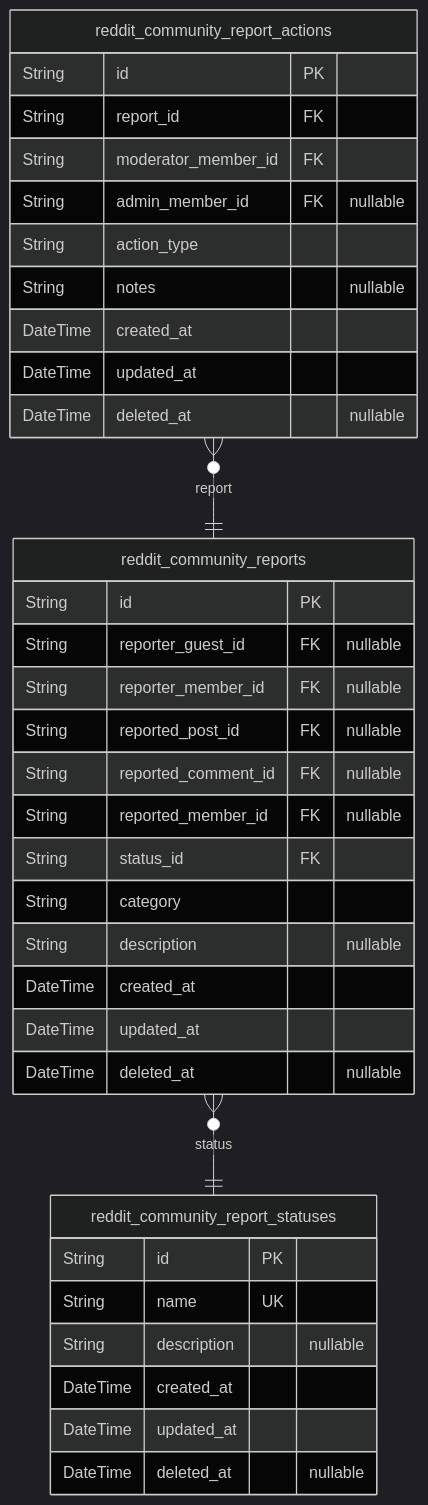
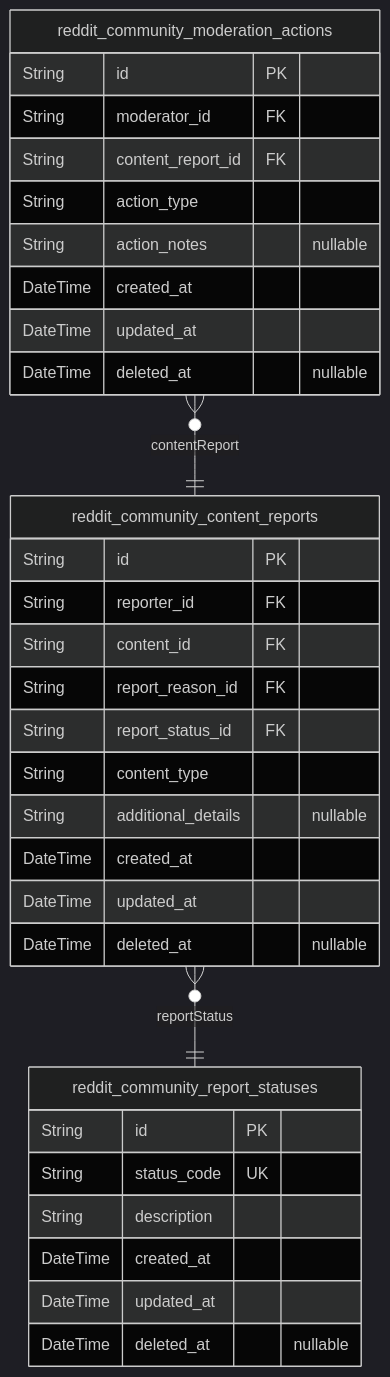
One commit to wrtnlabs/autobe-examples changed the eighth of 8 diagrams in openai/gpt-4.1-mini/reddit/docs/ERD.md. Above: the diagram before and after it, drawn with Mermaid (dark theme). The commit also changed other lines of this file and 16146 other files, not shown here.

````diff
--- a/openai/gpt-4.1-mini/reddit/docs/ERD.md
+++ b/openai/gpt-4.1-mini/reddit/docs/ERD.md
@@ -367,38 +550,35 @@
 ```mermaid
 erDiagram
-"reddit_community_reports" {
+"reddit_community_content_reports" {
   String id PK
-  String reporter_guest_id FK "nullable"
-  String reporter_member_id FK "nullable"
-  String reported_post_id FK "nullable"
-  String reported_comment_id FK "nullable"
-  String reported_member_id FK "nullable"
-  String status_id FK
-  String category
-  String description "nullable"
-  DateTime created_at
-  DateTime updated_at
-  DateTime deleted_at "nullable"
-}
-"reddit_community_report_actions" {
-  String id PK
-  String report_id FK
-  String moderator_member_id FK
-  String admin_member_id FK "nullable"
-  String action_type
-  String notes "nullable"
+  String reporter_id FK
+  String content_id FK
+  String report_reason_id FK
+  String report_status_id FK
+  String content_type
+  String additional_details "nullable"
   DateTime created_at
   DateTime updated_at
   DateTime deleted_at "nullable"
 }
 "reddit_community_report_statuses" {
   String id PK
-  String name UK
-  String description "nullable"
+  String status_code UK
+  String description
   DateTime created_at
   DateTime updated_at
   DateTime deleted_at "nullable"
 }
-"reddit_community_reports" }o--|| "reddit_community_report_statuses" : status
-"reddit_community_report_actions" }o--|| "reddit_community_reports" : report
+"reddit_community_moderation_actions" {
+  String id PK
+  String moderator_id FK
+  String content_report_id FK
+  String action_type
+  String action_notes "nullable"
+  DateTime created_at
+  DateTime updated_at
+  DateTime deleted_at "nullable"
+}
+"reddit_community_content_reports" }o--|| "reddit_community_report_statuses" : reportStatus
+"reddit_community_moderation_actions" }o--|| "reddit_community_content_reports" : contentReport
 ```
````
